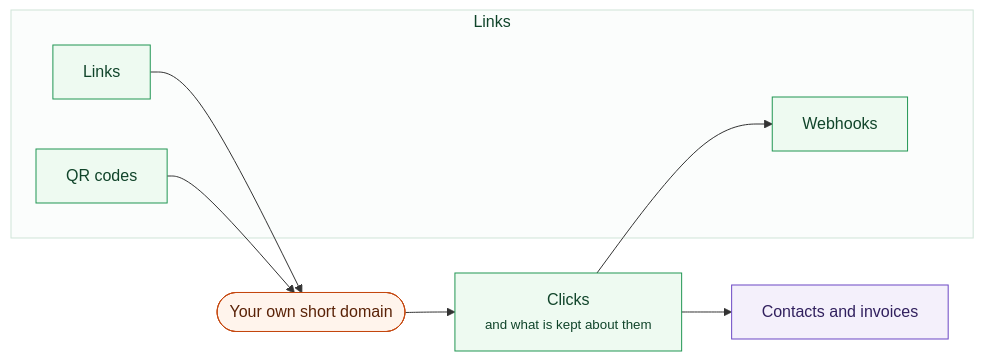
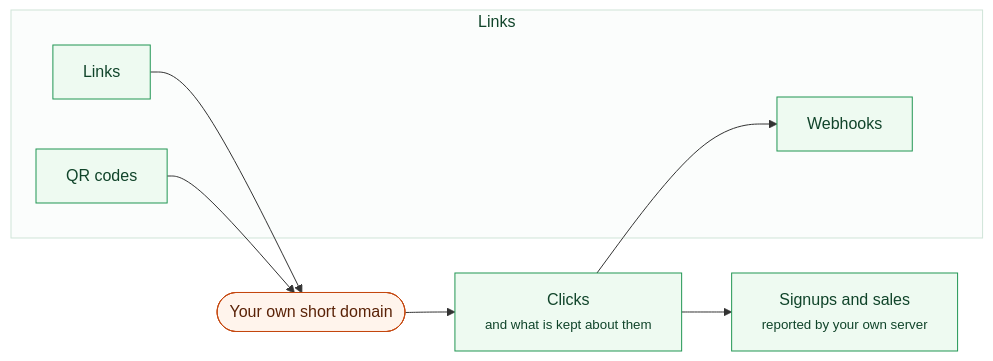
One commit to Sentrello/Sentrello changed the first of 2 diagrams in docs/site/05-modules/links.md. Above: the diagram before and after it, drawn with Mermaid. The commit also changed other lines of this file and 4 other files, not shown here.

````diff
--- a/docs/site/05-modules/links.md
+++ b/docs/site/05-modules/links.md
@@ -16,21 +16,21 @@
 ```mermaid
 flowchart LR
   classDef screen fill:#eef4ff,stroke:#3b6fd4,color:#16305e
   classDef own fill:#eefaf1,stroke:#219653,color:#10442a
   classDef out fill:#f4f0fb,stroke:#6b47c4,color:#31205e
   classDef pub fill:#fff4ec,stroke:#c4470f,color:#5a2207
   subgraph OWN[" Links "]
     LK["Links"]:::own
     QR["QR codes"]:::own
     WH["Webhooks"]:::own
   end
   DOM(["Your own short domain"]):::pub
   CLICK["Clicks<br/><small>and what is kept about them</small>"]:::own
-  CRM["Contacts and invoices"]:::out
+  CONV["Signups and sales<br/><small>reported by your own server</small>"]:::own
 
   LK --> DOM --> CLICK
   QR --> DOM
   CLICK --> WH
-  CLICK --> CRM
+  CLICK --> CONV
   style OWN fill:#fbfdfc,stroke:#cfe4d8,color:#10442a
 ```
````
